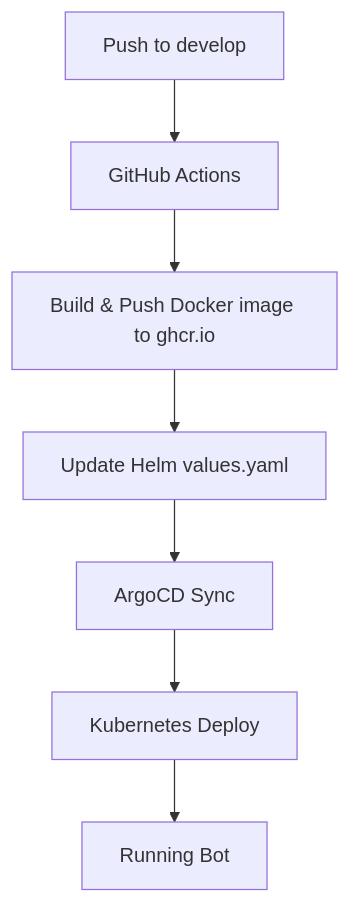
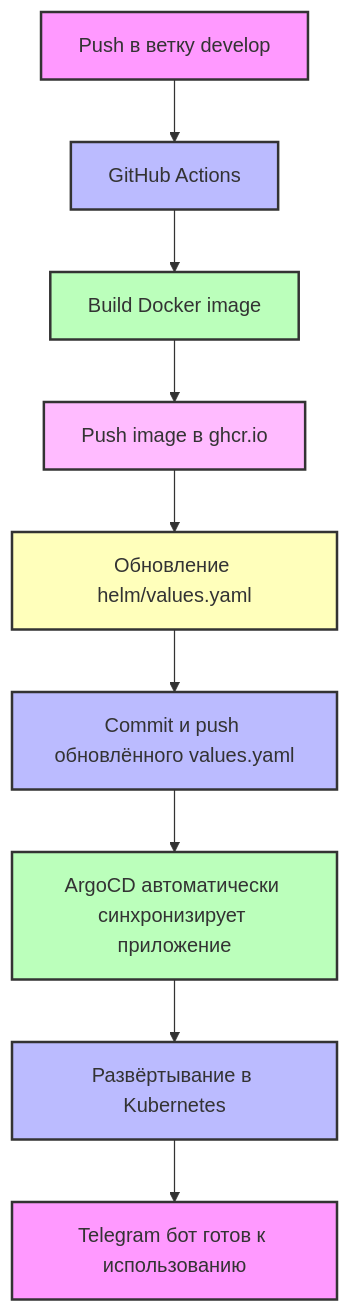
One commit to andreysvirid/kbot changed the diagram in README.md. Above: the diagram before and after it, drawn with Mermaid. The commit also changed other lines of this file and 6 other files, not shown here.

Commit message:
Fix GHCR repo, update workflow with ArgoCD CLI 3

````diff
--- a/README.md
+++ b/README.md
@@ -5,9 +9,21 @@
 ```mermaid
 flowchart TD
-    A[Push to develop] --> B[GitHub Actions]
-    B --> C[Build & Push Docker image to ghcr.io]
-    C --> D[Update Helm values.yaml]
-    D --> E[ArgoCD Sync]
-    E --> F[Kubernetes Deploy]
-    F --> G[Running Bot]
+    A[Push в ветку develop] --> B[GitHub Actions]
+    B --> C[Build Docker image]
+    C --> D[Push image в ghcr.io]
+    D --> E[Обновление helm/values.yaml]
+    E --> F[Commit и push обновлённого values.yaml]
+    F --> G[ArgoCD автоматически синхронизирует приложение]
+    G --> H[Развёртывание в Kubernetes]
+    H --> I[Telegram бот готов к использованию]
+
+    style A fill:#f9f,stroke:#333,stroke-width:2px
+    style B fill:#bbf,stroke:#333,stroke-width:2px
+    style C fill:#bfb,stroke:#333,stroke-width:2px
+    style D fill:#fbf,stroke:#333,stroke-width:2px
+    style E fill:#ffb,stroke:#333,stroke-width:2px
+    style F fill:#bbf,stroke:#333,stroke-width:2px
+    style G fill:#bfb,stroke:#333,stroke-width:2px
+    style H fill:#bbf,stroke:#333,stroke-width:2px
+    style I fill:#f9f,stroke:#333,stroke-width:2px
 ```
````
